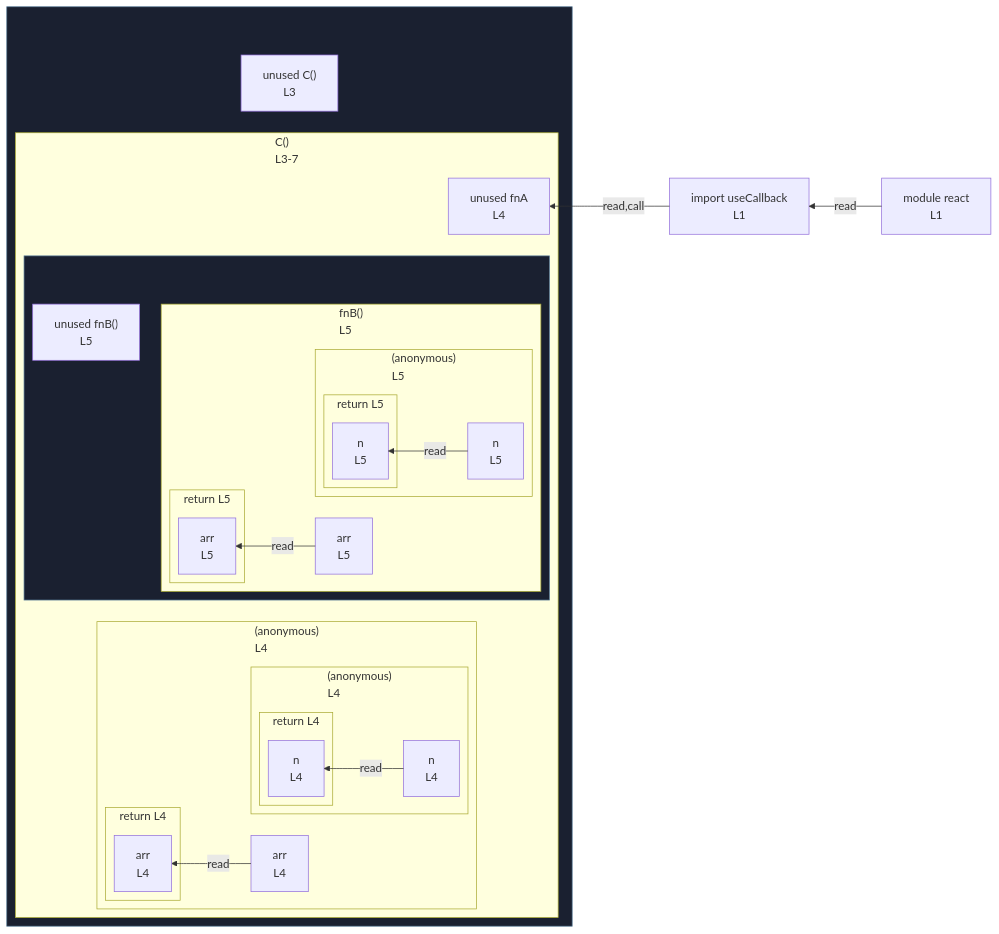
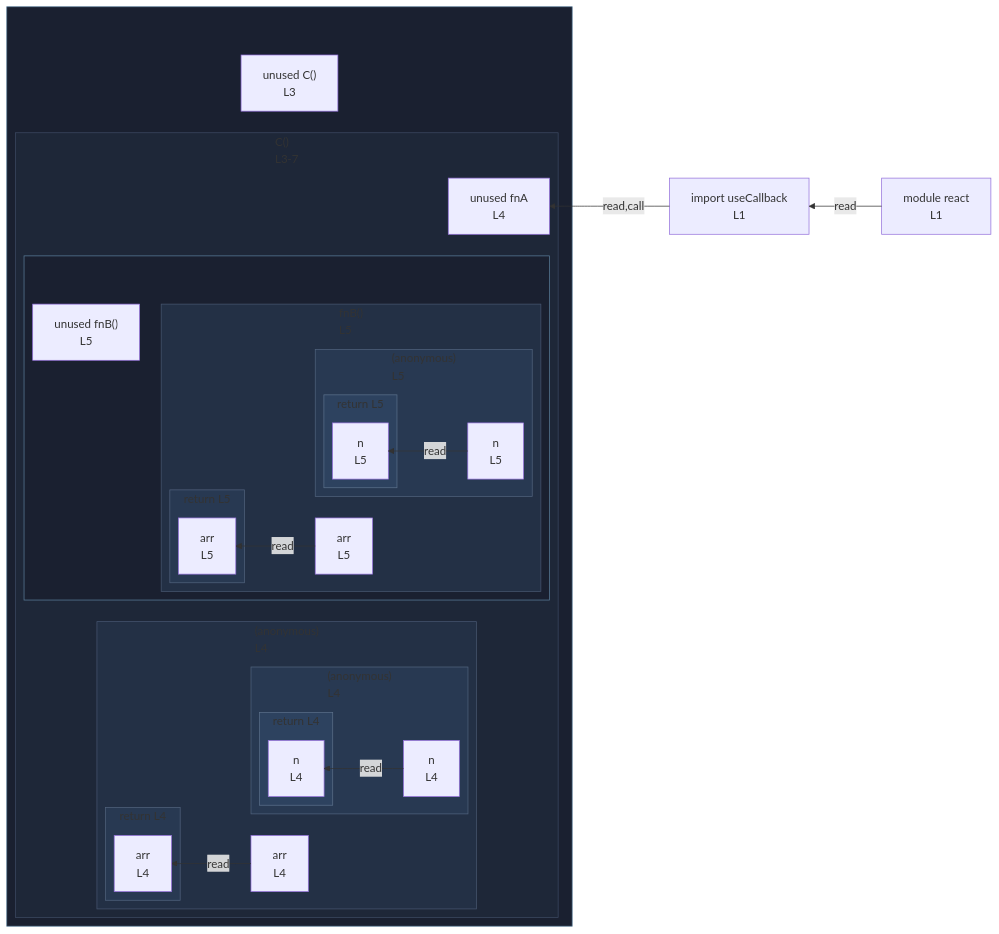
Before and after one commit to crescware/unsnarl: the diagram in integration/fixtures/jsx/use-callback/preview.md, drawn with Mermaid. The commit also changed 249 other files, not shown here.

First line of the commit message:
Color Mermaid subgraphs by nesting depth via theme palette

````diff
--- a/integration/fixtures/jsx/use-callback/preview.md
+++ b/integration/fixtures/jsx/use-callback/preview.md
@@ -17,59 +17,72 @@
 ```mermaid
 %%{init: {"flowchart": {"defaultRenderer": "elk"}}}%%
 flowchart RL
   n_scope_0_useCallback_9["import useCallback<br/>L1"]
   subgraph wrap_s_scope_1[" "]
     direction TB
     n_scope_0_C_44["unused C()<br/>L3"]
     subgraph s_scope_1["C()<br/>L3-7"]
       direction RL
       n_scope_1_fnA_64["unused fnA<br/>L4"]
       subgraph s_scope_2["(anonymous)<br/>L4"]
         direction RL
         n_scope_2_arr_83["arr<br/>L4"]
         subgraph s_scope_3["(anonymous)<br/>L4"]
           direction RL
           n_scope_3_n_110["n<br/>L4"]
           subgraph s_return_scope_0_C_44_116_121["return L4"]
             direction RL
             ret_use_ref_4["n<br/>L4"]
           end
         end
         subgraph s_return_scope_0_C_44_101_122["return L4"]
           direction RL
           ret_use_ref_3["arr<br/>L4"]
         end
       end
       subgraph wrap_s_scope_4[" "]
         direction TB
         n_scope_1_fnB_137["unused fnB()<br/>L5"]
         subgraph s_scope_4["fnB()<br/>L5"]
           direction RL
           n_scope_4_arr_144["arr<br/>L5"]
           subgraph s_scope_5["(anonymous)<br/>L5"]
             direction RL
             n_scope_5_n_171["n<br/>L5"]
             subgraph s_return_scope_1_fnB_137_177_182["return L5"]
               direction RL
               ret_use_ref_7["n<br/>L5"]
             end
           end
           subgraph s_return_scope_1_fnB_137_162_183["return L5"]
             direction RL
             ret_use_ref_6["arr<br/>L5"]
           end
         end
       end
     end
   end
   n_scope_0_useCallback_9 -->|read,call| n_scope_1_fnA_64
   n_scope_2_arr_83 -->|read| ret_use_ref_3
   n_scope_3_n_110 -->|read| ret_use_ref_4
   n_scope_4_arr_144 -->|read| ret_use_ref_6
   n_scope_5_n_171 -->|read| ret_use_ref_7
   mod_react["module react<br/>L1"]
   mod_react -->|read| n_scope_0_useCallback_9
   classDef fnWrap fill:#1a2030,stroke:#5a7d99;
   class wrap_s_scope_1 fnWrap;
   class wrap_s_scope_4 fnWrap;
+  classDef nestL1 fill:#1e2738,stroke:#3d4a63;
+  class s_scope_1 nestL1;
+  classDef nestL2 fill:#233045,stroke:#475670;
+  class s_scope_2 nestL2;
+  class s_scope_4 nestL2;
+  classDef nestL3 fill:#283952,stroke:#51637d;
+  class s_scope_3 nestL3;
+  class s_return_scope_0_C_44_101_122 nestL3;
+  class s_scope_5 nestL3;
+  class s_return_scope_1_fnB_137_162_183 nestL3;
+  classDef nestL4 fill:#2d425f,stroke:#5b708a;
+  class s_return_scope_0_C_44_116_121 nestL4;
+  class s_return_scope_1_fnB_137_177_182 nestL4;
 ```
````
